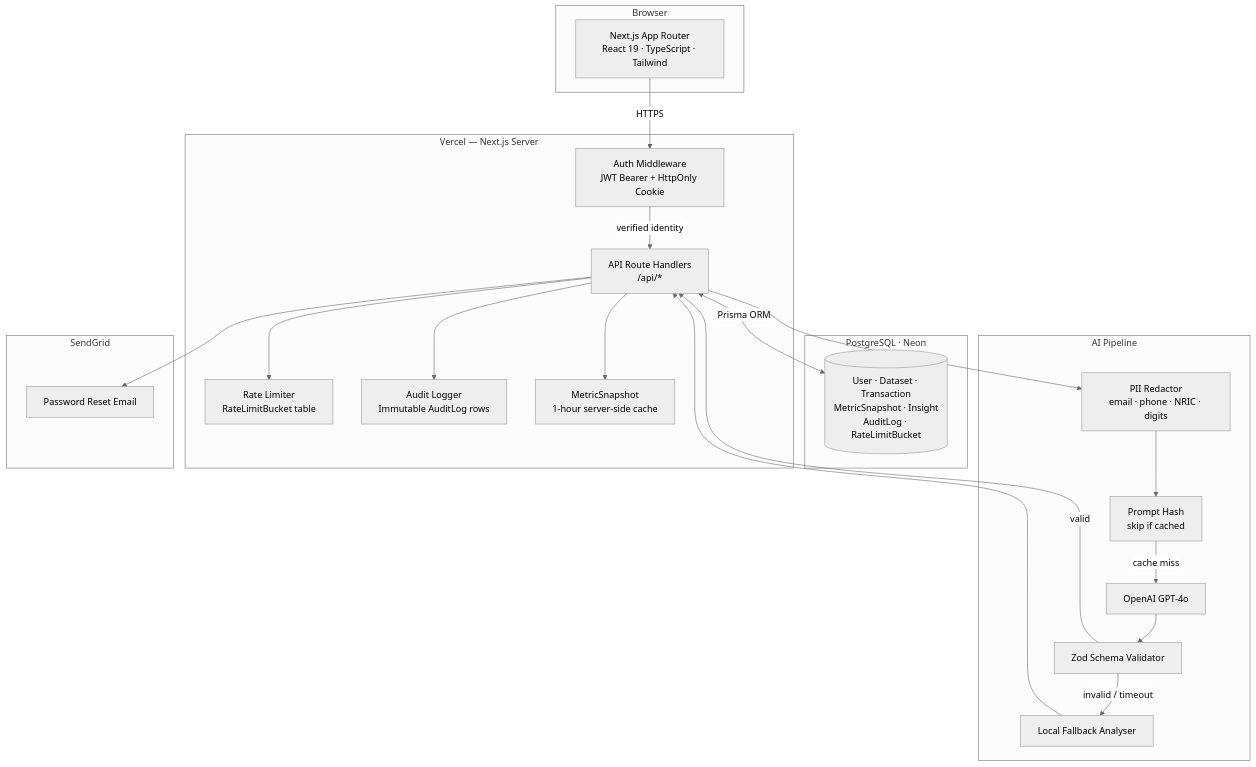
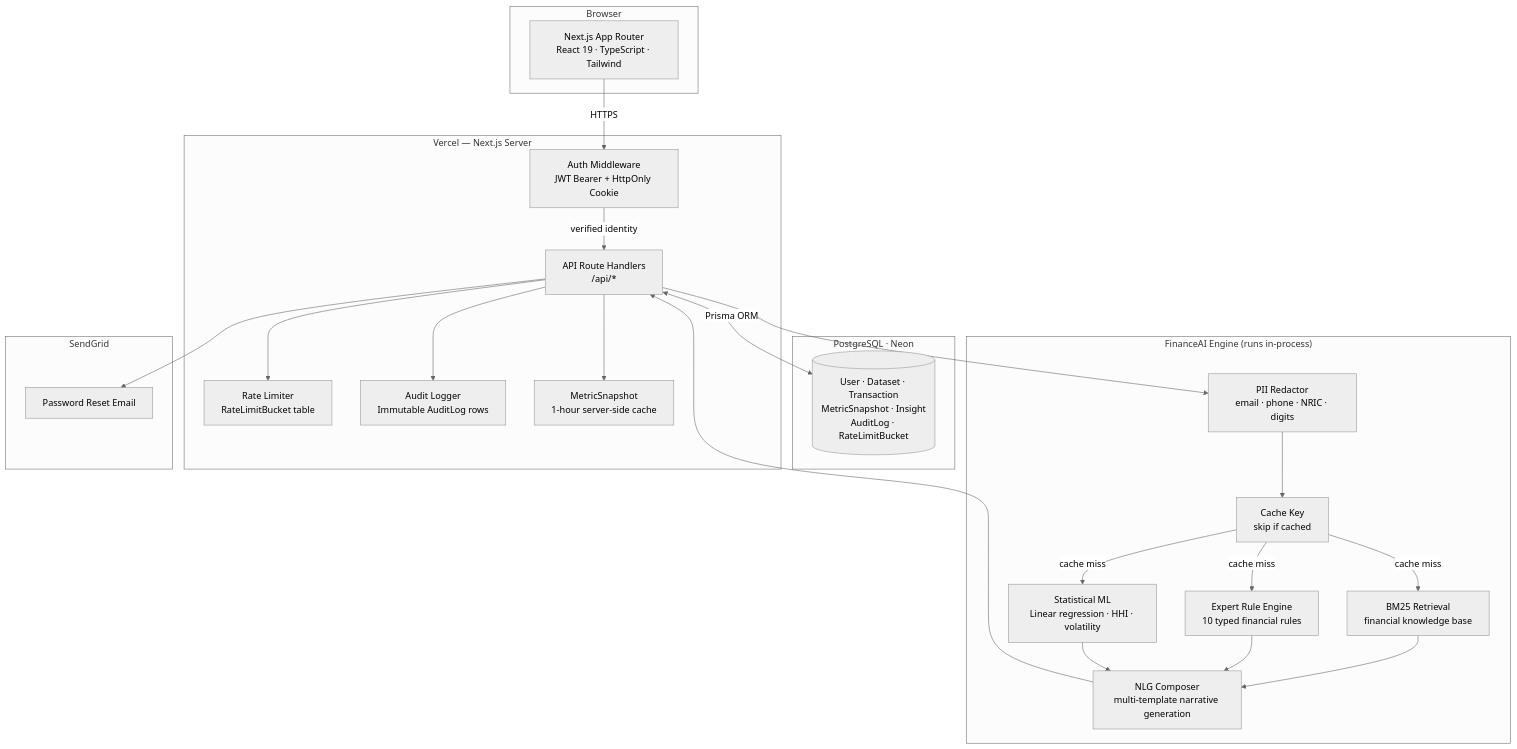
Before and after one commit to anishonly121/insightstack-blueprint: the diagram in README.md, drawn with Mermaid (neutral theme). The commit also changed other lines of this file and 25 other files, not shown here.

First line of the commit message:
feat: replace OpenAI with custom FinanceAI engine (v2.1.0)

````diff
--- a/README.md
+++ b/README.md
@@ -73,43 +73,46 @@
 ```mermaid
 flowchart TD
     subgraph Client["Browser"]
         UI["Next.js App Router\nReact 19 · TypeScript · Tailwind"]
     end
 
     subgraph Vercel["Vercel — Next.js Server"]
         MW["Auth Middleware\nJWT Bearer + HttpOnly Cookie"]
         API["API Route Handlers\n/api/*"]
         RL["Rate Limiter\nRateLimitBucket table"]
         AL["Audit Logger\nImmutable AuditLog rows"]
         SNAP["MetricSnapshot\n1-hour server-side cache"]
     end
 
     subgraph Storage["PostgreSQL · Neon"]
         DB[("User · Dataset · Transaction\nMetricSnapshot · Insight\nAuditLog · RateLimitBucket")]
     end
 
-    subgraph AI["AI Pipeline"]
+    subgraph AI["FinanceAI Engine (runs in-process)"]
         REDACT["PII Redactor\nemail · phone · NRIC · digits"]
-        HASH["Prompt Hash\nskip if cached"]
-        GPT["OpenAI GPT-4o"]
-        ZOD["Zod Schema Validator"]
-        FALLBACK["Local Fallback Analyser"]
+        HASH["Cache Key\nskip if cached"]
+        BM25["BM25 Retrieval\nfinancial knowledge base"]
+        RULES["Expert Rule Engine\n10 typed financial rules"]
+        STAT["Statistical ML\nLinear regression · HHI · volatility"]
+        NLG["NLG Composer\nmulti-template narrative generation"]
     end
 
     subgraph Email["SendGrid"]
         SG["Password Reset Email"]
     end
 
     UI -->|HTTPS| MW
     MW -->|verified identity| API
     API --> RL & AL & SNAP
     API <-->|Prisma ORM| DB
     API --> REDACT
     REDACT --> HASH
-    HASH -->|cache miss| GPT
-    GPT --> ZOD
-    ZOD -->|valid| API
-    ZOD -->|invalid / timeout| FALLBACK
-    FALLBACK --> API
+    HASH -->|cache miss| BM25
+    HASH -->|cache miss| RULES
+    HASH -->|cache miss| STAT
+    BM25 --> NLG
+    RULES --> NLG
+    STAT --> NLG
+    NLG --> API
     API --> SG
 ```
````
